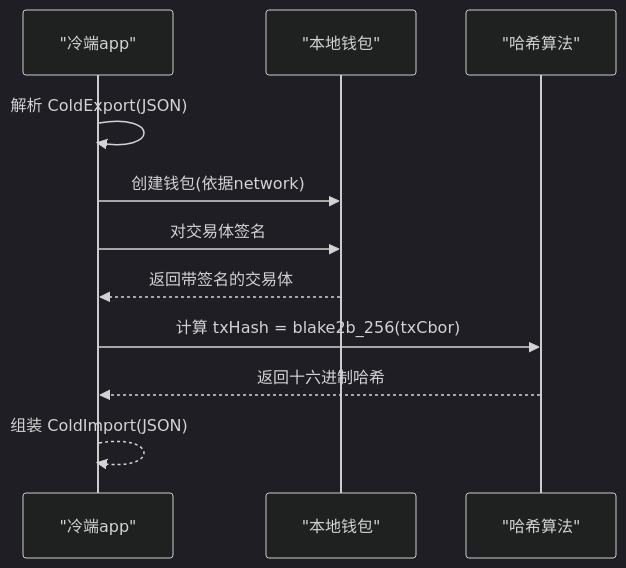
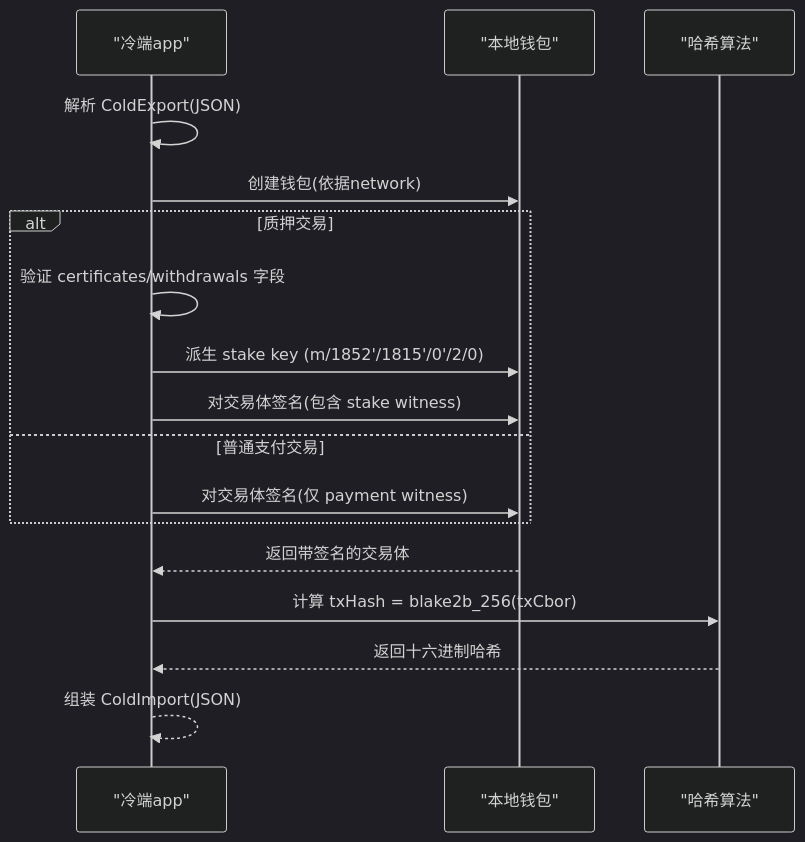
The fourth of 5 diagrams in .qoder/repowiki/zh/content/API参考/数据交换格式.md (EqualToEthan/stasis), drawn with Mermaid (dark theme) before and after one commit. The commit also changed other lines of this file and 40 other files, not shown here.

````diff
--- a/.qoder/repowiki/zh/content/API参考/数据交换格式.md
+++ b/.qoder/repowiki/zh/content/API参考/数据交换格式.md
@@ -193,13 +241,19 @@
 ```mermaid
 sequenceDiagram
 participant App as "冷端app"
 participant Wallet as "本地钱包"
 participant Crypto as "哈希算法"
 App->>App : 解析 ColdExport(JSON)
 App->>Wallet : 创建钱包(依据network)
-App->>Wallet : 对交易体签名
+Alt 质押交易
+App->>App : 验证 certificates/withdrawals 字段
+App->>Wallet : 派生 stake key (m/1852'/1815'/0'/2/0)
+App->>Wallet : 对交易体签名(包含 stake witness)
+else 普通支付交易
+App->>Wallet : 对交易体签名(仅 payment witness)
+end
 Wallet-->>App : 返回带签名的交易体
 App->>Crypto : 计算 txHash = blake2b_256(txCbor)
 Crypto-->>App : 返回十六进制哈希
 App-->>App : 组装 ColdImport(JSON)
 ```
````
